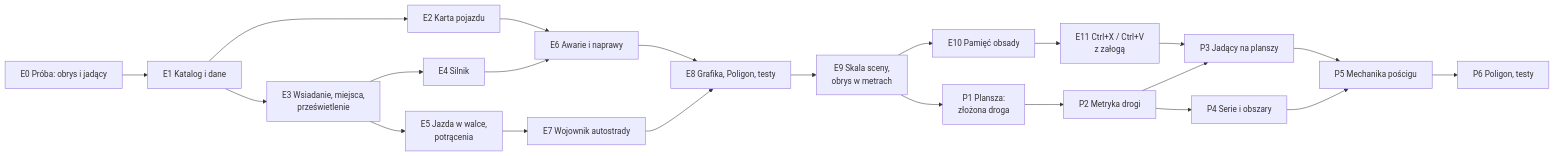
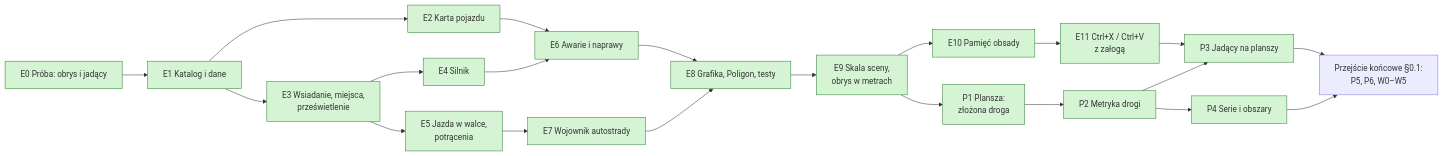
The first of 2 diagrams in PLAN_m4_pojazdy.md (jjanisze/FVTT-NOE), drawn with Mermaid before and after one commit. The commit also changed other lines of this file and 1 other file, not shown here.

````diff
--- a/PLAN_m4_pojazdy.md
+++ b/PLAN_m4_pojazdy.md
@@ -31,24 +33,25 @@
 ```mermaid
 flowchart LR
+  classDef done fill:#d4f4d4,stroke:#2e7d32
   E0[E0 Próba: obrys i jadący] --> E1[E1 Katalog i dane]
   E1 --> E2[E2 Karta pojazdu]
   E1 --> E3[E3 Wsiadanie, miejsca,<br/>prześwietlenie]
   E3 --> E4[E4 Silnik]
   E3 --> E5[E5 Jazda w walce,<br/>potrącenia]
   E2 --> E6[E6 Awarie i naprawy]
   E4 --> E6
   E5 --> E7[E7 Wojownik autostrady]
   E6 --> E8[E8 Grafika, Poligon, testy]
   E7 --> E8
   E8 --> E9[E9 Skala sceny,<br/>obrys w metrach]
   E9 --> E10[E10 Pamięć obsady]
   E10 --> E11[E11 Ctrl+X / Ctrl+V<br/>z załogą]
   E9 --> P1[P1 Plansza:<br/>złożona droga]
   P1 --> P2[P2 Metryka drogi]
   P2 --> P3[P3 Jadący na planszy]
   E11 --> P3
   P2 --> P4[P4 Serie i obszary]
-  P3 --> P5[P5 Mechanika pościgu]
-  P4 --> P5
-  P5 --> P6[P6 Poligon, testy]
+  P3 --> F[Przejście końcowe §0.1:<br/>P5, P6, W0–W5]
+  P4 --> F
+  class E0,E1,E2,E3,E4,E5,E6,E7,E8,E9,E10,E11,P1,P2,P3,P4 done
 ```
````
